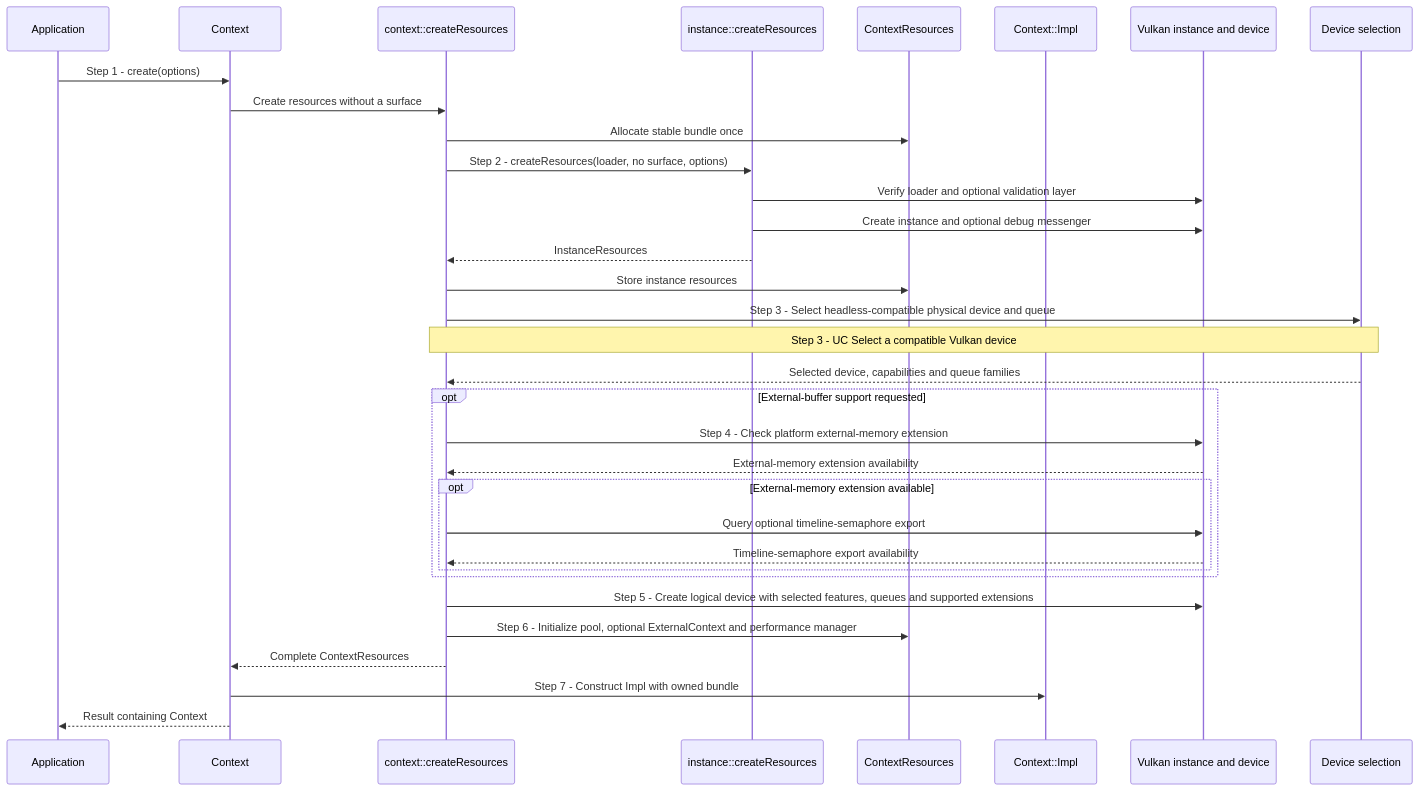
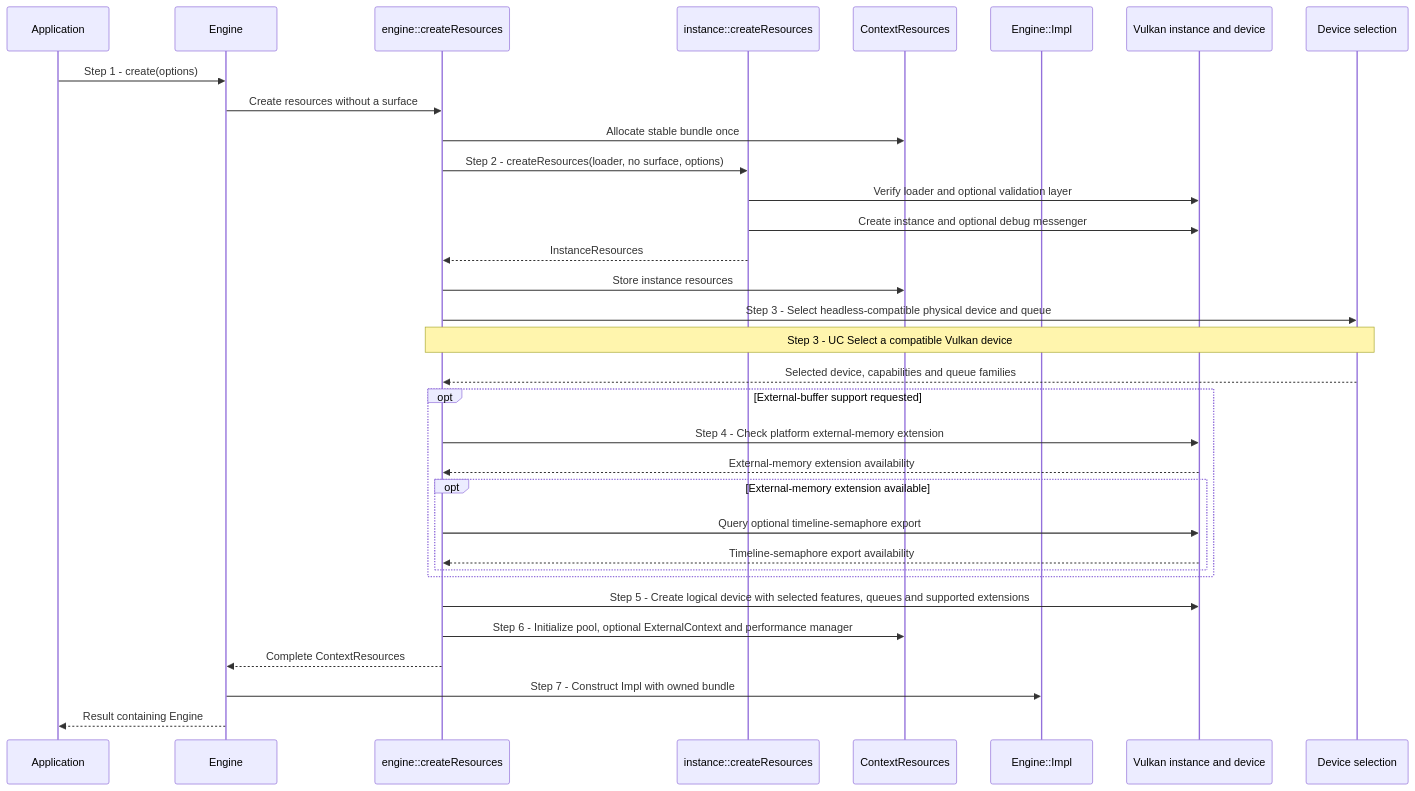
Before and after one commit to a-soltysik/Panda: the first of 3 diagrams in docs/use-cases/create-context.md, drawn with Mermaid. The commit also changed other lines of this file and 158 other files, not shown here.

Commit message:
Refactor Vulkan Context API to Engine (#120)

````diff
--- a/docs/use-cases/create-context.md
+++ b/docs/use-cases/create-context.md
@@ -66,35 +66,35 @@
 ```mermaid
 sequenceDiagram
     participant A as Application
-    participant C as Context
-    participant F as context::createResources
+    participant C as Engine
+    participant F as engine::createResources
     participant X as instance::createResources
     participant R as ContextResources
-    participant I as Context::Impl
+    participant I as Engine::Impl
     participant V as Vulkan instance and device
     participant D as Device selection
     A->>C: Step 1 - create(options)
     C->>F: Create resources without a surface
     F->>R: Allocate stable bundle once
     F->>X: Step 2 - createResources(loader, no surface, options)
     X->>V: Verify loader and optional validation layer
     X->>V: Create instance and optional debug messenger
     X-->>F: InstanceResources
     F->>R: Store instance resources
     F->>D: Step 3 - Select headless-compatible physical device and queue
     Note over F,D: Step 3 - UC Select a compatible Vulkan device
     D-->>F: Selected device, capabilities and queue families
     opt External-buffer support requested
         F->>V: Step 4 - Check platform external-memory extension
         V-->>F: External-memory extension availability
         opt External-memory extension available
             F->>V: Query optional timeline-semaphore export
             V-->>F: Timeline-semaphore export availability
         end
     end
     F->>V: Step 5 - Create logical device with selected features, queues and supported extensions
     F->>R: Step 6 - Initialize pool, optional ExternalContext and performance manager
     F-->>C: Complete ContextResources
     C->>I: Step 7 - Construct Impl with owned bundle
-    C-->>A: Result containing Context
+    C-->>A: Result containing Engine
 ```
````
